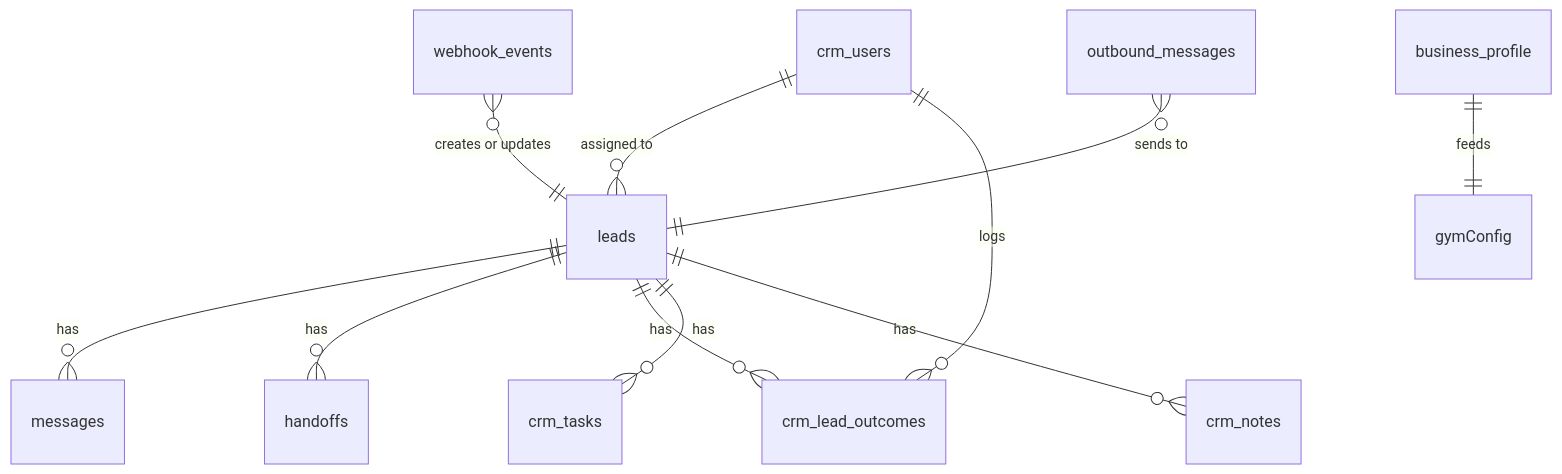
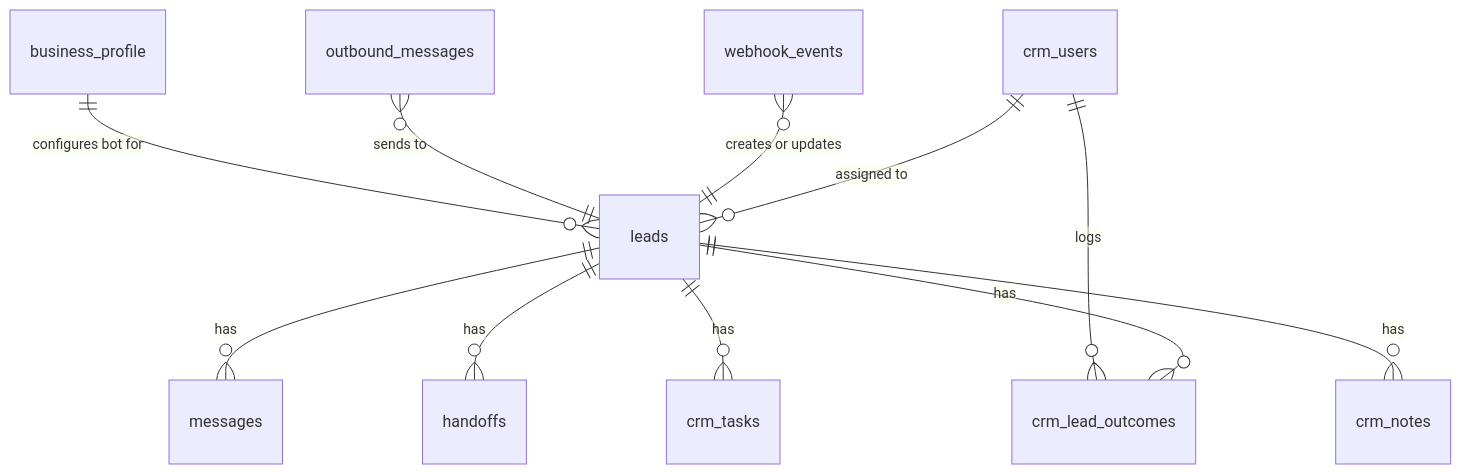
Diagram 13 of 16 in docs/SYSTEM_MAP.md (kaamilstudiesig/GKF-WA), drawn with Mermaid before and after one commit. The commit also changed other lines of this file, not shown here.

Commit message:
docs: fix diagram syntax

````diff
--- a/docs/SYSTEM_MAP.md
+++ b/docs/SYSTEM_MAP.md
@@ -273,13 +273,13 @@
 ```mermaid
 erDiagram
   leads ||--o{ messages : has
   leads ||--o{ handoffs : has
   leads ||--o{ crm_lead_outcomes : has
   leads ||--o{ crm_tasks : has
   leads ||--o{ crm_notes : has
   crm_users ||--o{ leads : "assigned to"
   crm_users ||--o{ crm_lead_outcomes : logs
   webhook_events }o--|| leads : "creates or updates"
   outbound_messages }o--|| leads : "sends to"
-  business_profile ||--|| gymConfig : feeds
+  business_profile ||--o{ leads : "configures bot for"
 ```
````
